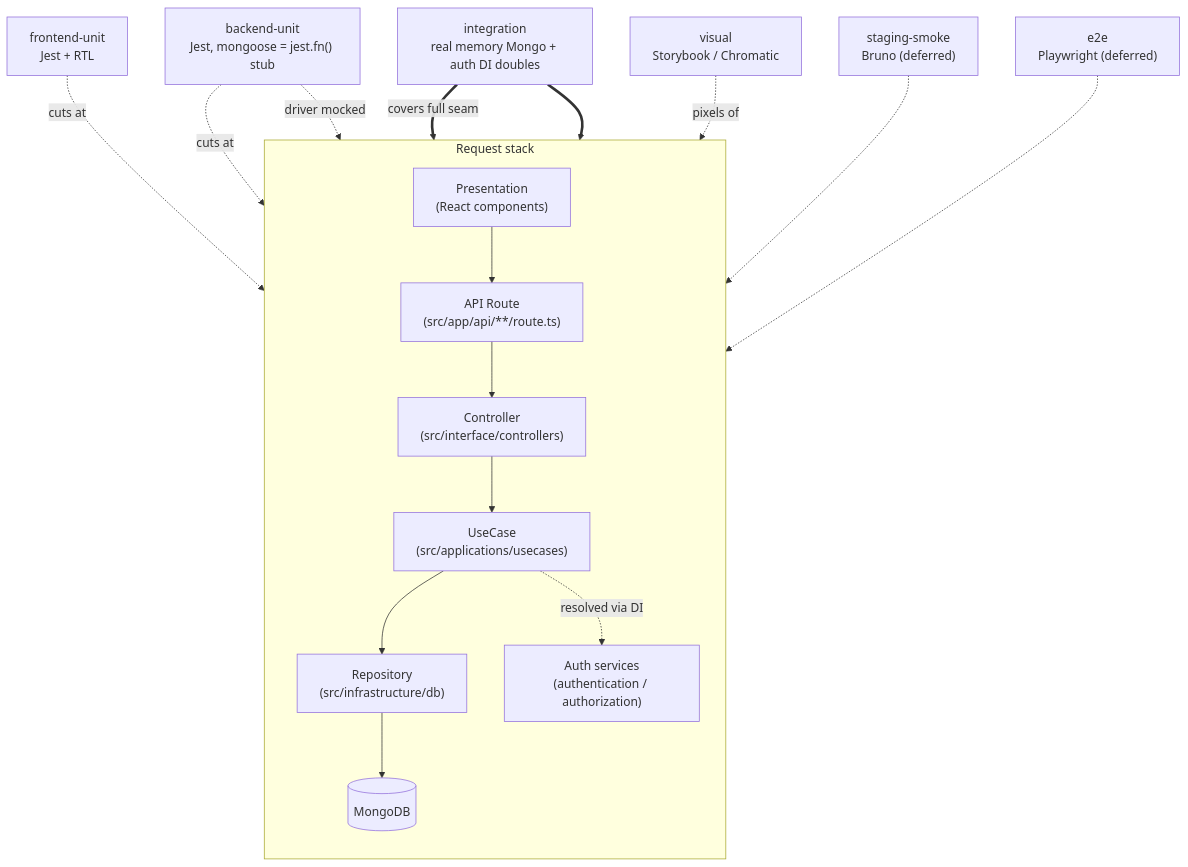
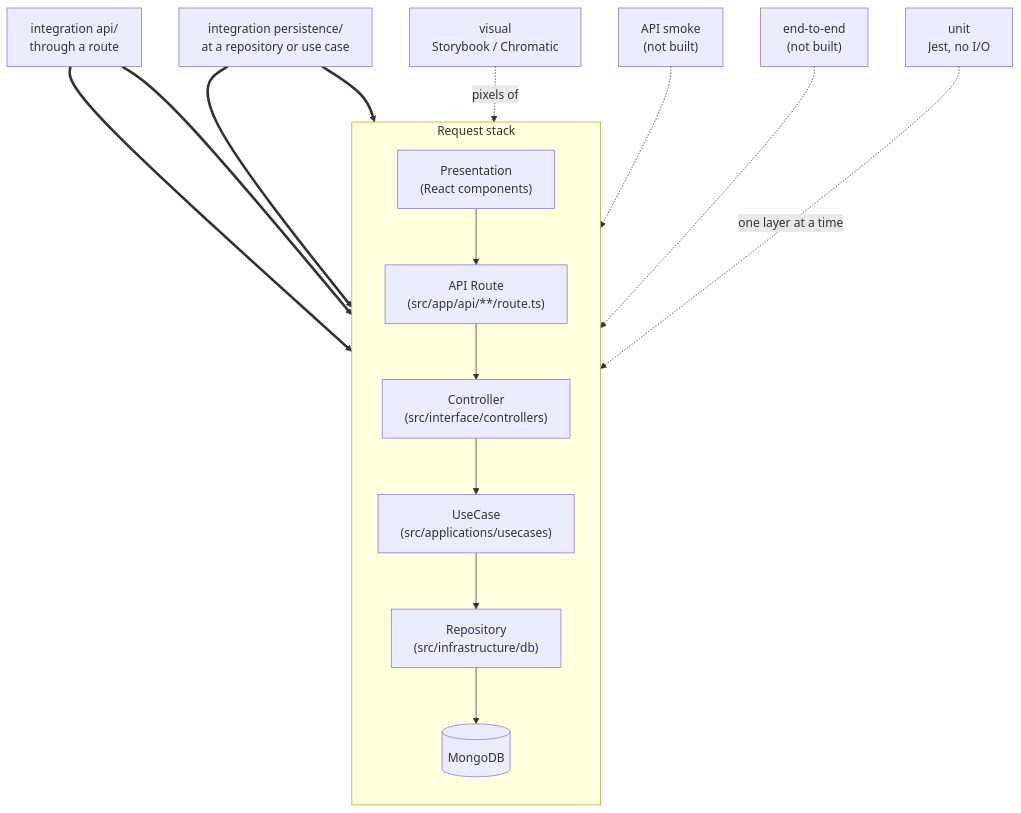
Before and after one commit to andrewck24/volleybro: the diagram in docs/testing-strategy.md, drawn with Mermaid. The commit also changed other lines of this file and 3 other files, not shown here.

````diff
--- a/docs/testing-strategy.md
+++ b/docs/testing-strategy.md
@@ -36,24 +22,22 @@
 ```mermaid
 flowchart TB
     subgraph stack["Request stack"]
         direction TB
         P["Presentation<br/>(React components)"]
         R["API Route<br/>(src/app/api/**/route.ts)"]
         C["Controller<br/>(src/interface/controllers)"]
         U["UseCase<br/>(src/applications/usecases)"]
         Repo["Repository<br/>(src/infrastructure/db)"]
         DB[("MongoDB")]
-        Auth["Auth services<br/>(authentication / authorization)"]
         P --> R --> C --> U --> Repo --> DB
-        U -. "resolved via DI" .-> Auth
     end
 
-    frontend["frontend-unit<br/>Jest + RTL"] -.->|"cuts at"| P
-    backend["backend-unit<br/>Jest, mongoose = jest.fn() stub"] -.->|"cuts at"| U
-    backend -.->|"driver mocked"| Repo
-    integration["integration<br/>real memory Mongo + auth DI doubles"] ==>|"covers full seam"| R
-    integration ==> DB
+    unit["unit<br/>Jest, no I/O"] -.->|"one layer at a time"| stack
+    api["integration api/<br/>through a route"] ==> R
+    api ==> DB
+    persistence["integration persistence/<br/>at a repository or use case"] ==> Repo
+    persistence ==> DB
     visual["visual<br/>Storybook / Chromatic"] -.->|"pixels of"| P
-    smoke["staging-smoke<br/>Bruno (deferred)"] -.-> R
-    e2e["e2e<br/>Playwright (deferred)"] -.-> P
+    smoke["API smoke<br/>(not built)"] -.-> R
+    e2e["end-to-end<br/>(not built)"] -.-> P
 ```
````
